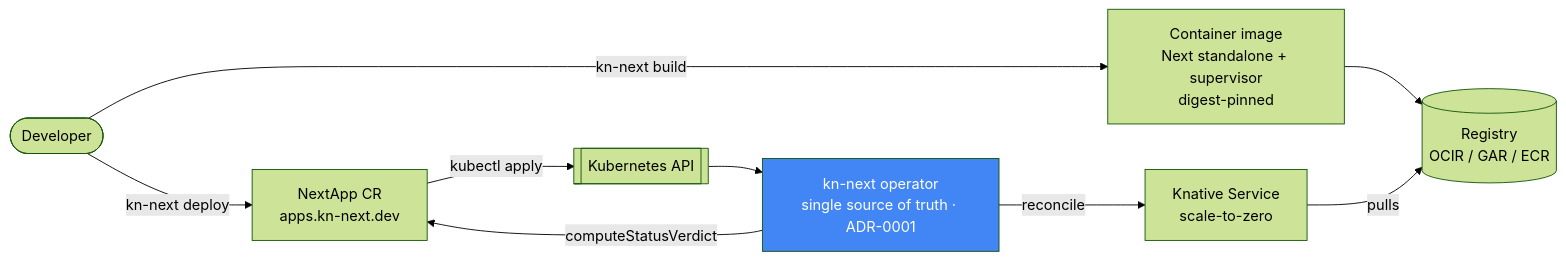
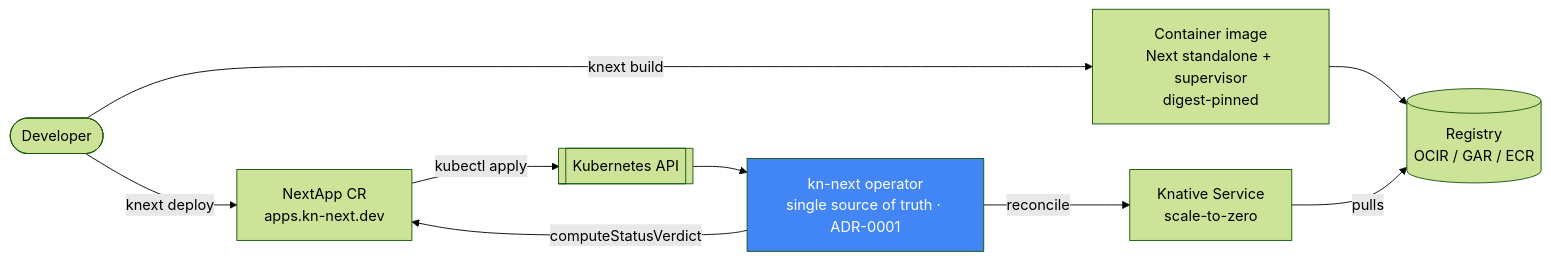
The fourth of 8 diagrams in docs/ARCHITECTURE.md (getknext-dev/knext), drawn with Mermaid (forest theme) before and after one commit. The commit also changed other lines of this file and 7 other files, not shown here.

First line of the commit message:
fix: restore workspace: ranges, guard them, and cover RELEASING/ARCHITECTURE (#2065)

````diff
--- a/docs/ARCHITECTURE.md
+++ b/docs/ARCHITECTURE.md
@@ -154,13 +154,13 @@
 ```mermaid
 flowchart LR
-    dev([Developer]) -->|kn-next build| img["Container image<br/>Next standalone + supervisor<br/>digest-pinned"]
+    dev([Developer]) -->|knext build| img["Container image<br/>Next standalone + supervisor<br/>digest-pinned"]
     img --> reg[(Registry<br/>OCIR / GAR / ECR)]
-    dev -->|kn-next deploy| cr["NextApp CR<br/>apps.kn-next.dev"]
+    dev -->|knext deploy| cr["NextApp CR<br/>apps.kn-next.dev"]
     cr -->|kubectl apply| api[[Kubernetes API]]
     api --> op["kn-next operator<br/>single source of truth · ADR-0001"]
     op -->|reconcile| ksvc["Knative Service<br/>scale-to-zero"]
     ksvc -->|pulls| reg
     op -->|computeStatusVerdict| cr
 
     style op fill:#4285f4,color:#fff
 ```
````
